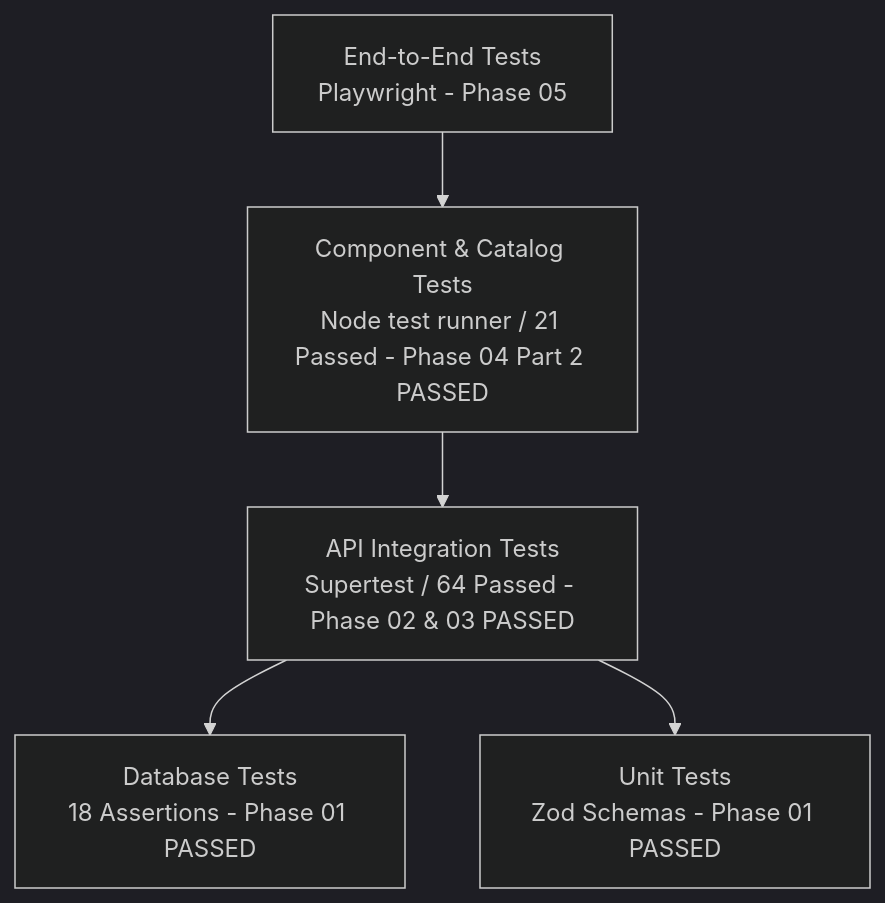
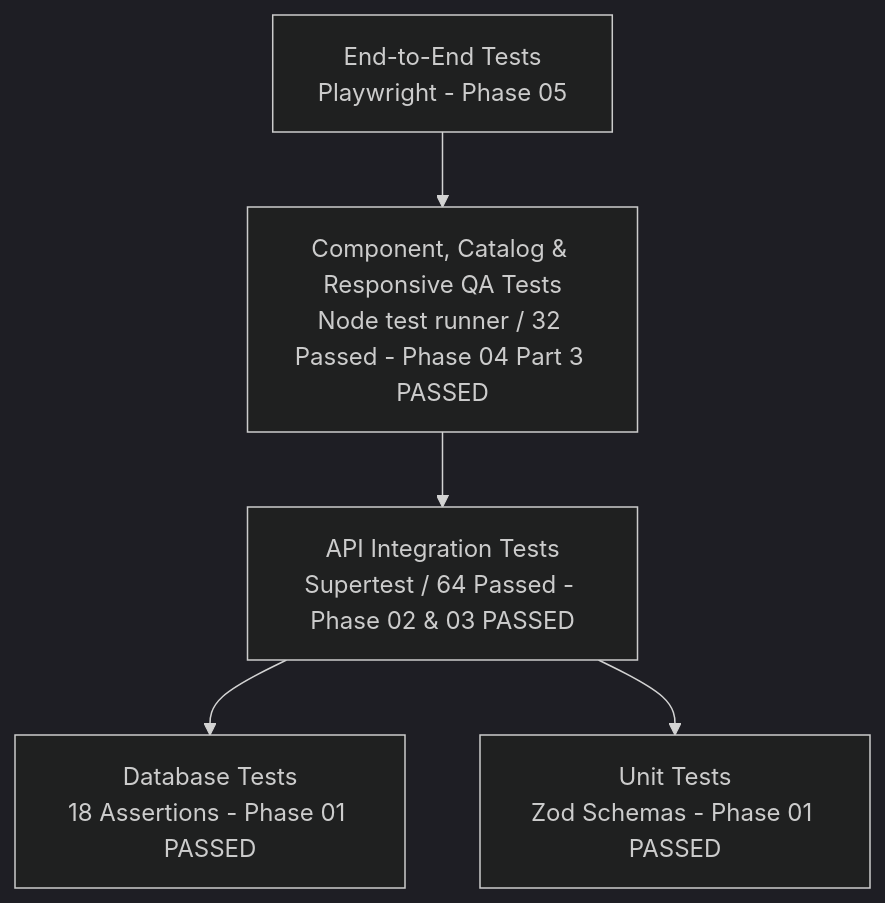
The diagram in docs/test-report.md (ragnarStark79/AnimeManager), drawn with Mermaid (dark theme) before and after one commit. The commit also changed other lines of this file and 11 other files, not shown here.

````diff
--- a/docs/test-report.md
+++ b/docs/test-report.md
@@ -326,13 +344,13 @@
 ```mermaid
 graph TD
     E2E[End-to-End Tests<br/>Playwright - Phase 05]
-    Comp[Component & Catalog Tests<br/>Node test runner / 21 Passed - Phase 04 Part 2 PASSED]
+    Comp[Component, Catalog & Responsive QA Tests<br/>Node test runner / 32 Passed - Phase 04 Part 3 PASSED]
     Int[API Integration Tests<br/>Supertest / 64 Passed - Phase 02 & 03 PASSED]
     DB[Database Tests<br/>18 Assertions - Phase 01 PASSED]
     Unit[Unit Tests<br/>Zod Schemas - Phase 01 PASSED]
 
     E2E --> Comp
     Comp --> Int
     Int --> DB
     Int --> Unit
 ```
````
